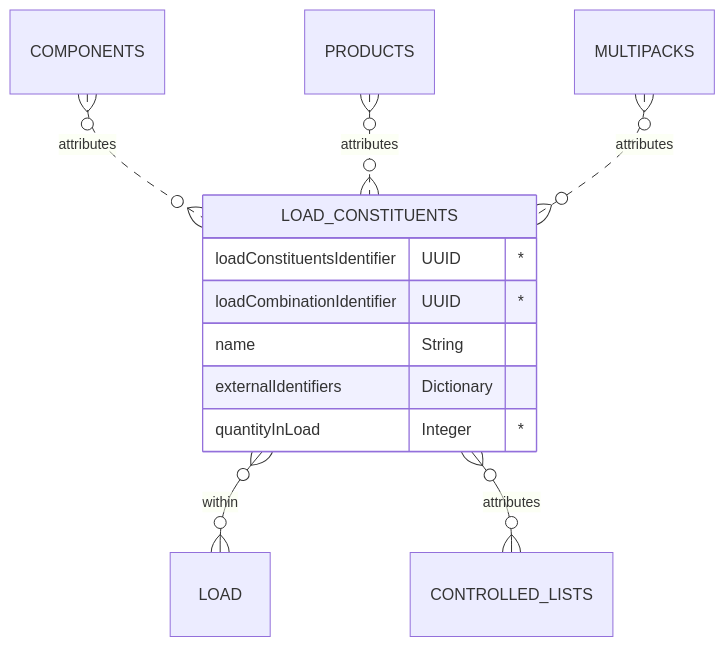
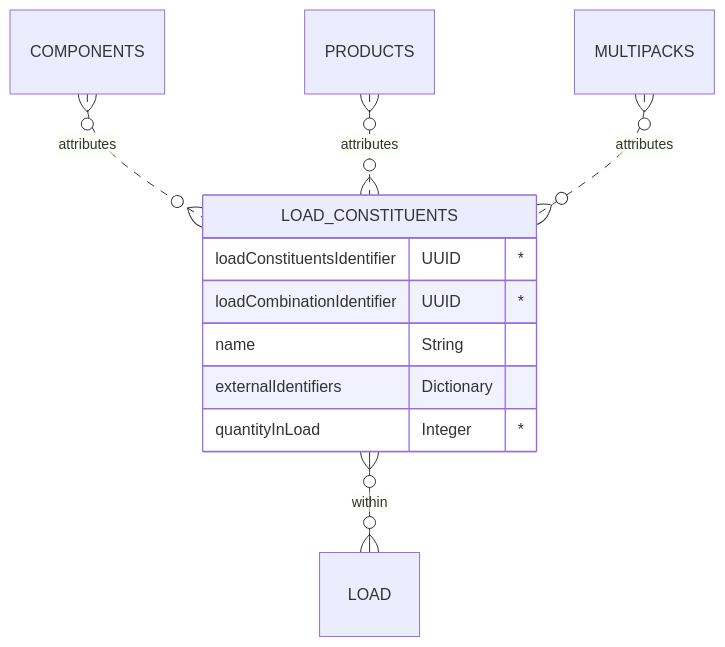
Before and after one commit to OpenDataManchester/OSTFD: the diagram in docs/constituent-lists/load-constituents.md, drawn with Mermaid. The commit also changed 5 other files, not shown here.

````diff
--- a/docs/constituent-lists/load-constituents.md
+++ b/docs/constituent-lists/load-constituents.md
@@ -21,15 +21,14 @@
 ``` mermaid
 erDiagram
   COMPONENTS }o..o{ LOAD_CONSTITUENTS : attributes
   PRODUCTS }o..o{ LOAD_CONSTITUENTS : attributes
   MULTIPACKS }o..o{ LOAD_CONSTITUENTS : attributes
   LOAD_CONSTITUENTS {
     loadConstituentsIdentifier UUID "*"
     loadCombinationIdentifier UUID "*"
     name String
     externalIdentifiers Dictionary
     quantityInLoad Integer "*"
   }
   LOAD_CONSTITUENTS }o--o{ LOAD : within
-  LOAD_CONSTITUENTS }o--o{ CONTROLLED_LISTS : attributes
 ```
````
